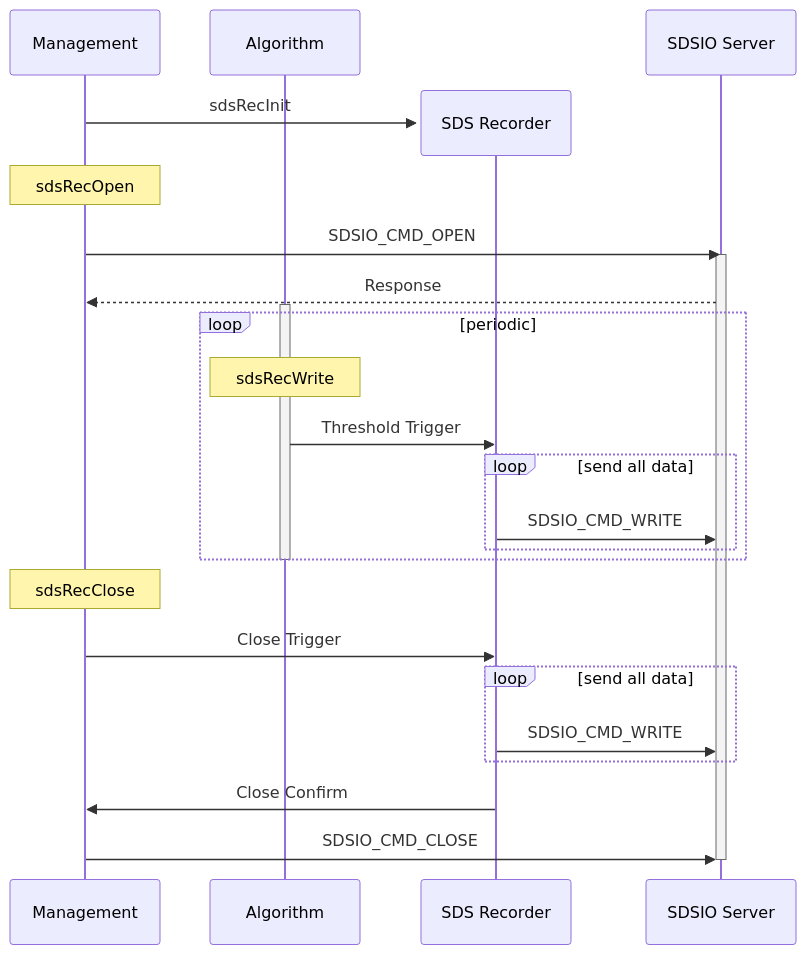
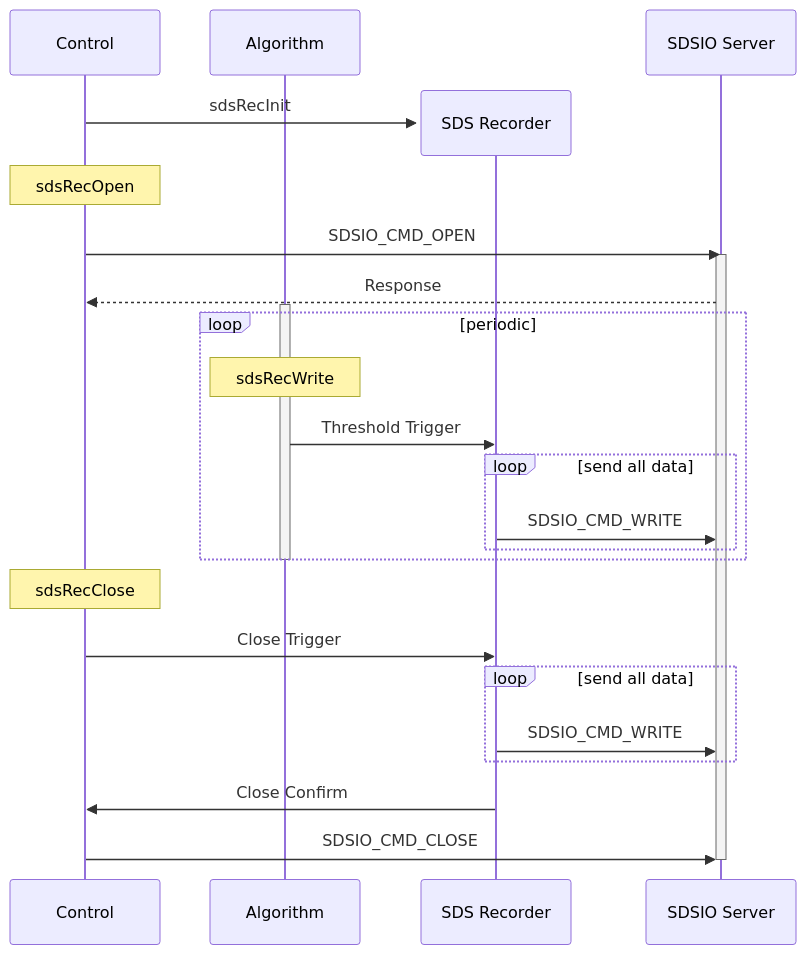
One commit to ARM-software/SDS-Framework changed the second of 2 diagrams in documentation/theory.md. Above: the diagram before and after it, drawn with Mermaid. The commit also changed other lines of this file, not shown here.

````diff
--- a/documentation/theory.md
+++ b/documentation/theory.md
@@ -248,29 +234,29 @@
 ```mermaid
 sequenceDiagram
-    participant Management
+    participant Control
     participant Algorithm
     create participant Recorder as SDS Recorder
     participant Server as SDSIO Server
-    Management->>Recorder: sdsRecInit
-    Note over Management: sdsRecOpen
-    Management->>Server: SDSIO_CMD_OPEN
+    Control->>Recorder: sdsRecInit
+    Note over Control: sdsRecOpen
+    Control->>Server: SDSIO_CMD_OPEN
     activate Server
-    Server-->>Management: Response
+    Server-->>Control: Response
     activate Algorithm
     loop periodic
         Note over Algorithm: sdsRecWrite
         Algorithm->>Recorder: Threshold Trigger
         loop send all data
             Recorder->>Server: SDSIO_CMD_WRITE
         end
     end
     deactivate Algorithm
-    Note over Management: sdsRecClose
-    Management->>Recorder: Close Trigger
+    Note over Control: sdsRecClose
+    Control->>Recorder: Close Trigger
     loop send all data
         Recorder->>Server: SDSIO_CMD_WRITE
     end
-    Recorder->>Management: Close Confirm
-    Management->>Server: SDSIO_CMD_CLOSE
+    Recorder->>Control: Close Confirm
+    Control->>Server: SDSIO_CMD_CLOSE
     deactivate Server
 ```
````
